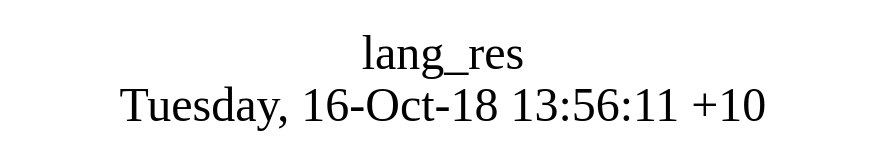
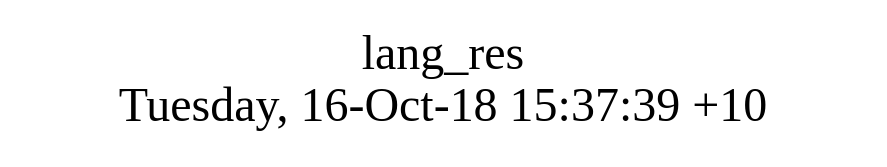
Before and after one commit to AplaProject/apps: the diagram in src/lang_res/struct.dot, drawn with Graphviz. The commit also changed 14 other files, not shown here.

```diff
--- a/src/lang_res/struct.dot
+++ b/src/lang_res/struct.dot
@@ -1,8 +1,8 @@
 digraph G {
 fontsize="24";
-label="lang_res\nTuesday, 16-Oct-18 13:56:11 +10";
+label="lang_res\nTuesday, 16-Oct-18 15:37:39 +10";
 nojustify=true;
 ordering=out;
 rankdir=LR;
 size="30";
 }
```
